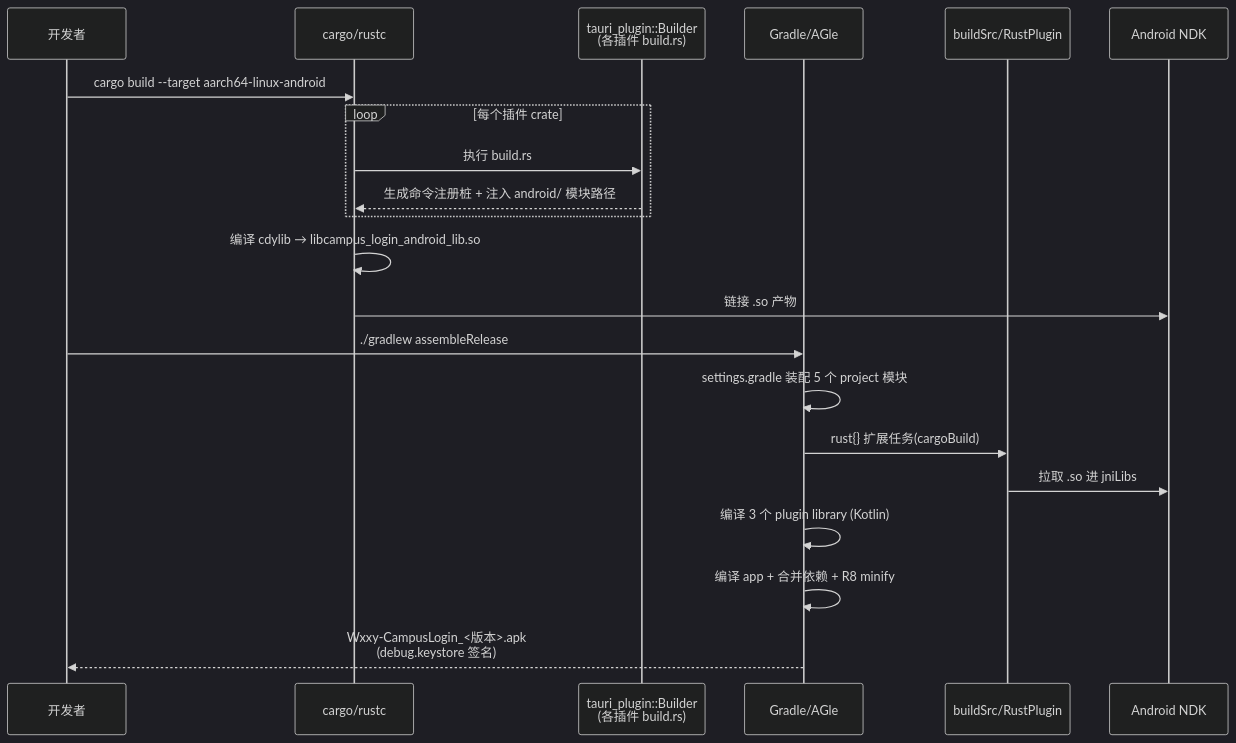
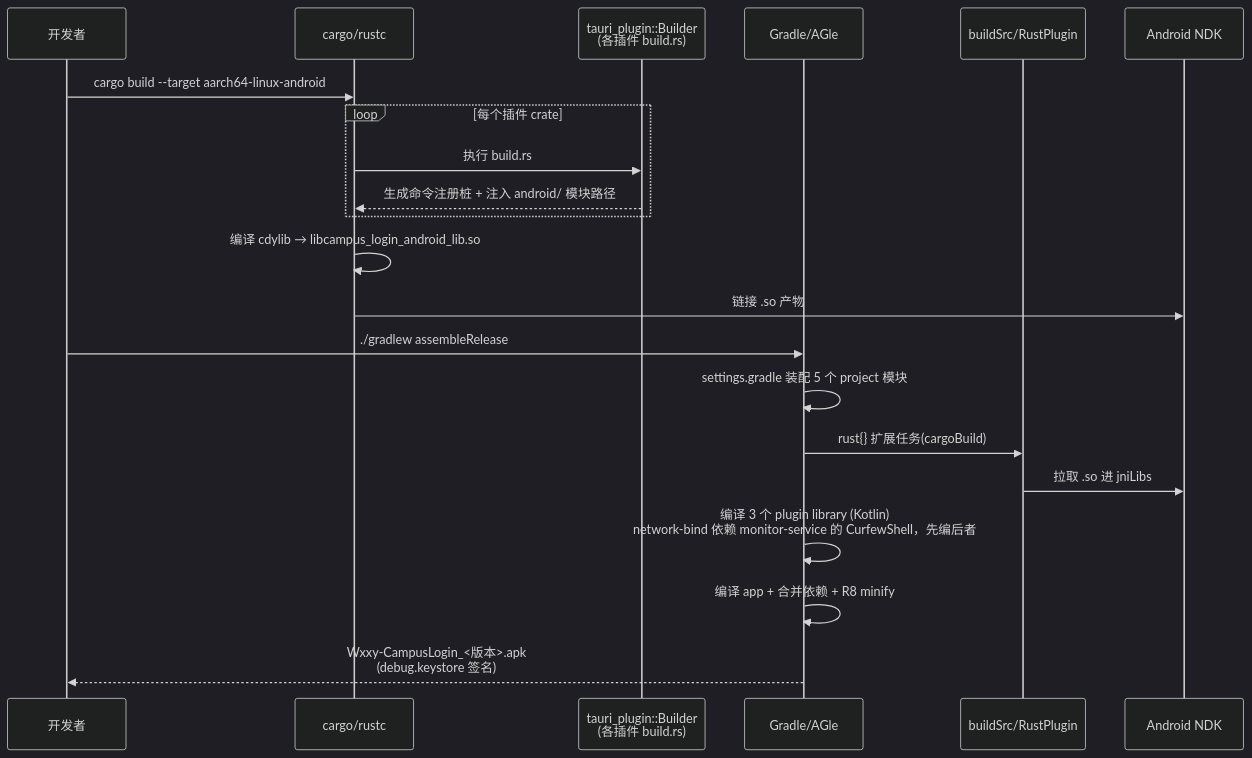
One commit to ikliml666/Wxxy-CampusLogin changed the third of 4 diagrams in .codewiki/modules/build-deployment-configuration-android-plugins.md. Above: the diagram before and after it, drawn with Mermaid (dark theme). The commit also changed other lines of this file and 12 other files, not shown here.

````diff
--- a/.codewiki/modules/build-deployment-configuration-android-plugins.md
+++ b/.codewiki/modules/build-deployment-configuration-android-plugins.md
@@ -237,24 +260,24 @@
 ```mermaid
 sequenceDiagram
     participant Dev as 开发者
     participant Cargo as cargo/rustc
     participant Builder as tauri_plugin::Builder<br/>(各插件 build.rs)
     participant Gradle as Gradle/AGle
     participant RustPlugin as buildSrc/RustPlugin
     participant NDK as Android NDK
 
     Dev->>Cargo: cargo build --target aarch64-linux-android
     loop 每个插件 crate
         Cargo->>Builder: 执行 build.rs
         Builder-->>Cargo: 生成命令注册桩 + 注入 android/ 模块路径
     end
     Cargo->>Cargo: 编译 cdylib → libcampus_login_android_lib.so
     Cargo->>NDK: 链接 .so 产物
     Dev->>Gradle: ./gradlew assembleRelease
     Gradle->>Gradle: settings.gradle 装配 5 个 project 模块
     Gradle->>RustPlugin: rust{} 扩展任务(cargoBuild)
     RustPlugin->>NDK: 拉取 .so 进 jniLibs
-    Gradle->>Gradle: 编译 3 个 plugin library (Kotlin)
+    Gradle->>Gradle: 编译 3 个 plugin library (Kotlin)<br/>network-bind 依赖 monitor-service 的 CurfewShell，先编后者
     Gradle->>Gradle: 编译 app + 合并依赖 + R8 minify
     Gradle-->>Dev: Wxxy-CampusLogin_<版本>.apk<br/>(debug.keystore 签名)
 ```
````
